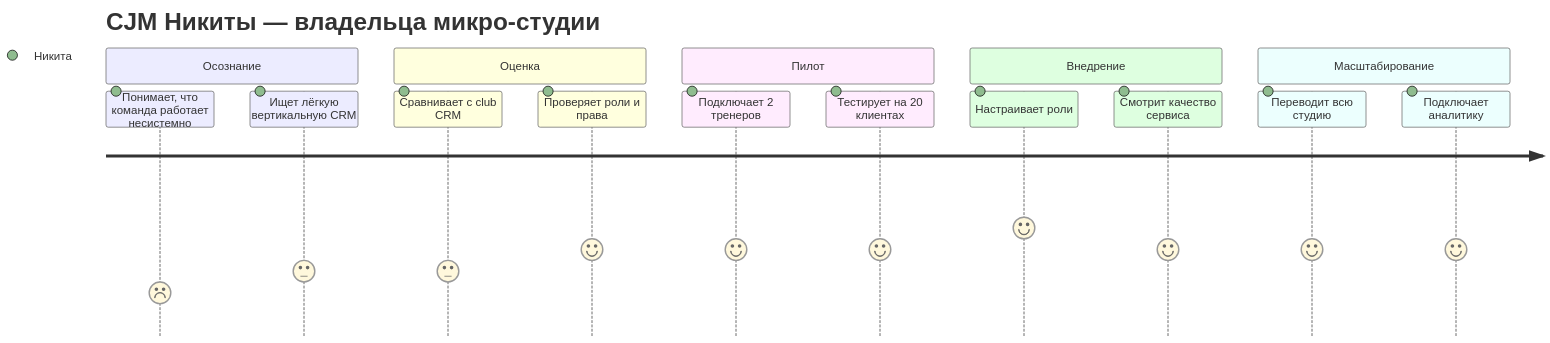
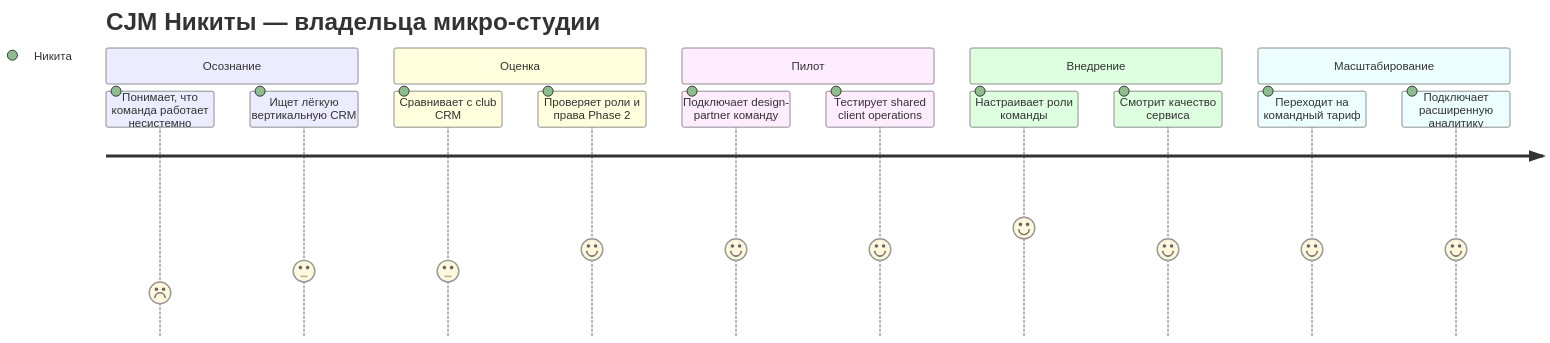
One commit to MartyanovAV/otuskotlin changed the fifth of 6 diagrams in docs/01-business/CJM.md. Above: the diagram before and after it, drawn with Mermaid. The commit also changed other lines of this file and 28 other files, not shown here.

````diff
--- a/docs/01-business/CJM.md
+++ b/docs/01-business/CJM.md
@@ -77,19 +169,19 @@
 ```mermaid
 journey
     title CJM Никиты — владельца микро-студии
     section Осознание
       Понимает, что команда работает несистемно: 2: Никита
       Ищет лёгкую вертикальную CRM: 3: Никита
     section Оценка
       Сравнивает с club CRM: 3: Никита
-      Проверяет роли и права: 4: Никита
+      Проверяет роли и права Phase 2: 4: Никита
     section Пилот
-      Подключает 2 тренеров: 4: Никита
-      Тестирует на 20 клиентах: 4: Никита
+      Подключает design-partner команду: 4: Никита
+      Тестирует shared client operations: 4: Никита
     section Внедрение
-      Настраивает роли: 5: Никита
+      Настраивает роли команды: 5: Никита
       Смотрит качество сервиса: 4: Никита
     section Масштабирование
-      Переводит всю студию: 4: Никита
-      Подключает аналитику: 4: Никита
+      Переходит на командный тариф: 4: Никита
+      Подключает расширенную аналитику: 4: Никита
 ```
````
